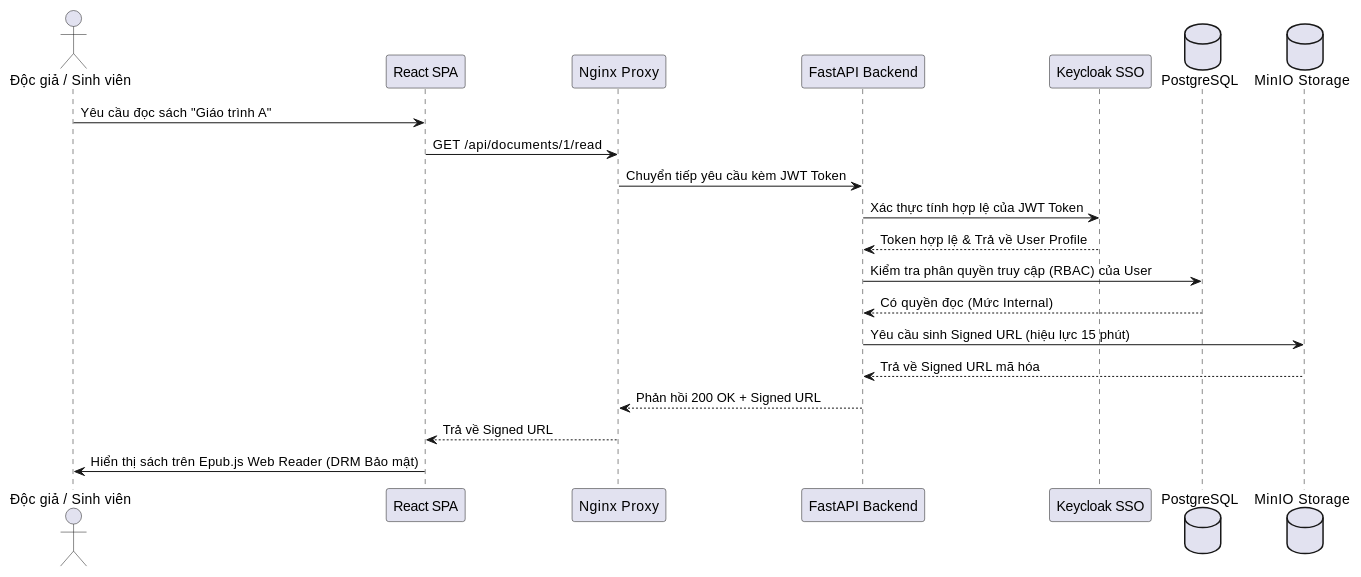
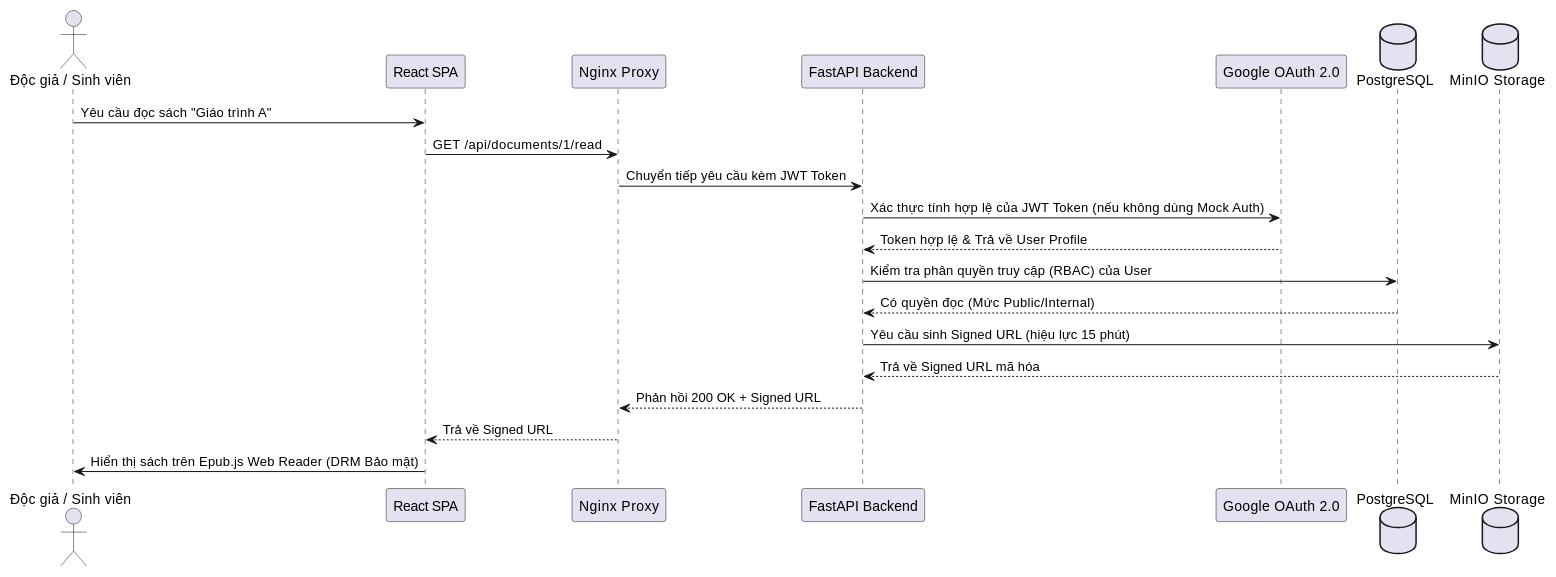
The fifth of 6 diagrams in docs/06-architecture.md (se-bros/hcmus-projectmanage--lab), drawn with PlantUML before and after one commit. The commit also changed other lines of this file and 11 other files, not shown here.

````diff
--- a/docs/06-architecture.md
+++ b/docs/06-architecture.md
@@ -335,24 +327,24 @@
 ```plantuml
 @startuml
 actor Reader as "Độc giả / Sinh viên"
 participant Frontend as "React SPA"
 participant Nginx as "Nginx Proxy"
 participant Backend as "FastAPI Backend"
-participant Keycloak as "Keycloak SSO"
+participant GoogleAuth as "Google OAuth 2.0"
 database DB as "PostgreSQL"
 database MinIO as "MinIO Storage"
 
 Reader -> Frontend: Yêu cầu đọc sách "Giáo trình A"
 Frontend -> Nginx: GET /api/documents/1/read
 Nginx -> Backend: Chuyển tiếp yêu cầu kèm JWT Token
-Backend -> Keycloak: Xác thực tính hợp lệ của JWT Token
-Keycloak --> Backend: Token hợp lệ & Trả về User Profile
+Backend -> GoogleAuth: Xác thực tính hợp lệ của JWT Token (nếu không dùng Mock Auth)
+GoogleAuth --> Backend: Token hợp lệ & Trả về User Profile
 Backend -> DB: Kiểm tra phân quyền truy cập (RBAC) của User
-DB --> Backend: Có quyền đọc (Mức Internal)
+DB --> Backend: Có quyền đọc (Mức Public/Internal)
 Backend -> MinIO: Yêu cầu sinh Signed URL (hiệu lực 15 phút)
 MinIO --> Backend: Trả về Signed URL mã hóa
 Backend --> Nginx: Phản hồi 200 OK + Signed URL
 Nginx --> Frontend: Trả về Signed URL
 Frontend -> Reader: Hiển thị sách trên Epub.js Web Reader (DRM Bảo mật)
 @enduml
 ```
````
